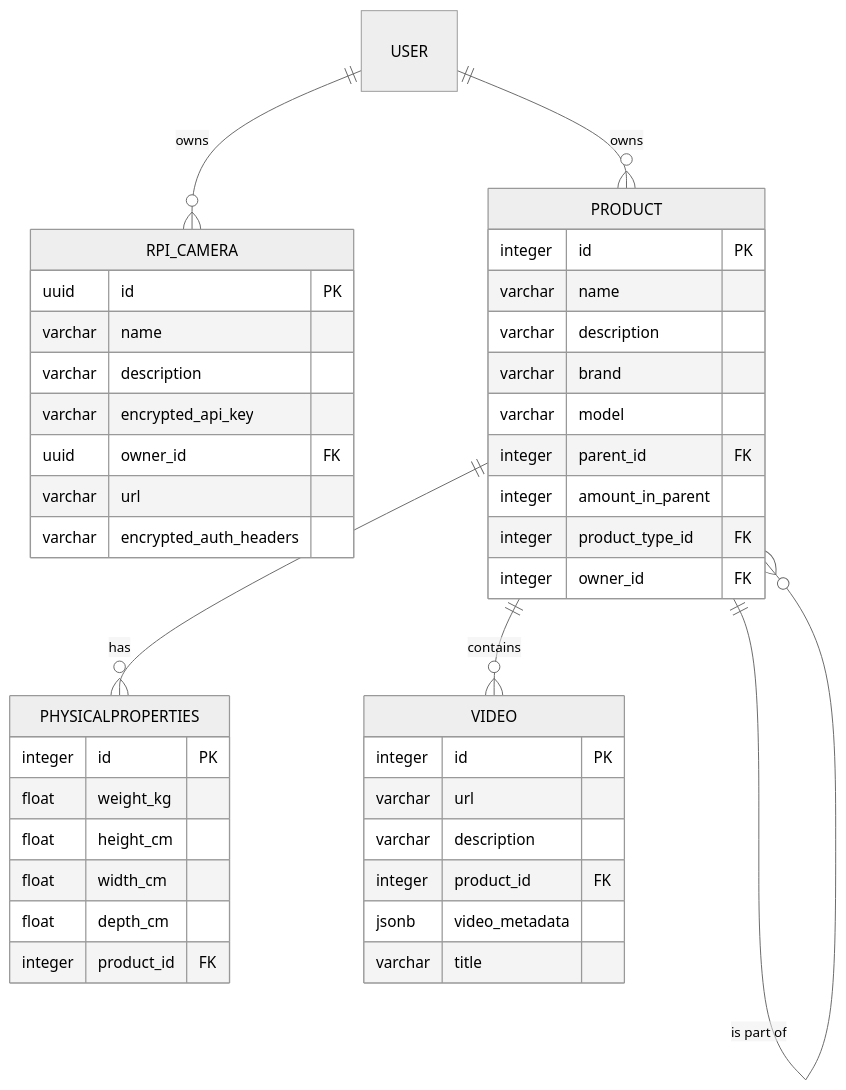
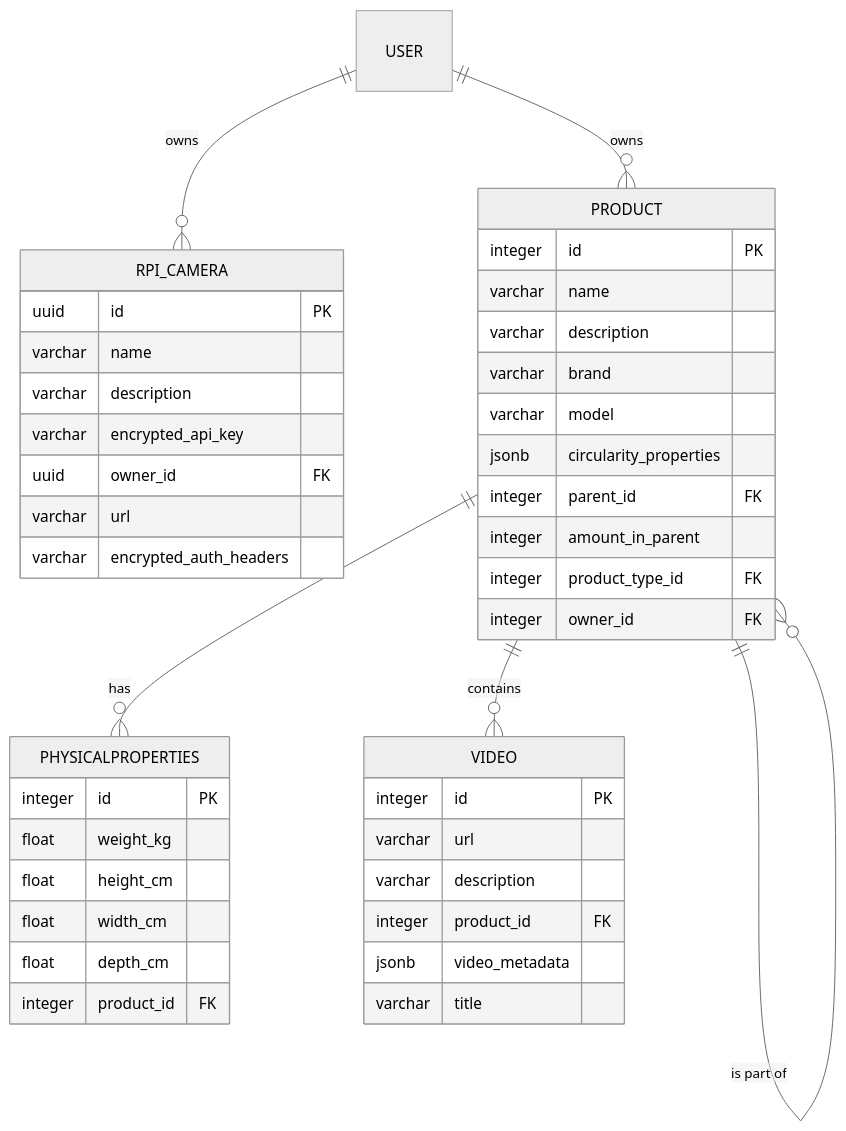
Before and after one commit to CMLPlatform/relab: the fourth of 5 diagrams in docs/src/content/docs/architecture/datamodel.mdx, drawn with Mermaid (neutral theme). The commit also changed other lines of this file and 18 other files, not shown here.

````diff
--- a/docs/src/content/docs/architecture/datamodel.mdx
+++ b/docs/src/content/docs/architecture/datamodel.mdx
@@ -188,48 +189,49 @@
 ```mermaid
 erDiagram
     RPI_CAMERA {
         uuid id PK
         varchar name
         varchar description
         varchar encrypted_api_key
         uuid owner_id FK
         varchar url
         varchar encrypted_auth_headers
     }
 
     PRODUCT {
         integer id PK
         varchar name
         varchar description
         varchar brand
         varchar model
+        jsonb circularity_properties
         integer parent_id FK
         integer amount_in_parent
         integer product_type_id FK
         integer owner_id FK
     }
 
     PHYSICALPROPERTIES {
         integer id PK
         float weight_kg
         float height_cm
         float width_cm
         float depth_cm
         integer product_id FK
     }
 
     VIDEO {
         integer id PK
         varchar url
         varchar description
         integer product_id FK
         jsonb video_metadata
         varchar title
     }
 
     USER ||--o{ RPI_CAMERA : "owns"
     USER ||--o{ PRODUCT : "owns"
     PRODUCT ||--o{ PHYSICALPROPERTIES : "has"
     PRODUCT ||--o{ VIDEO : "contains"
     PRODUCT ||--o{ PRODUCT : "is part of"
 ```
````
